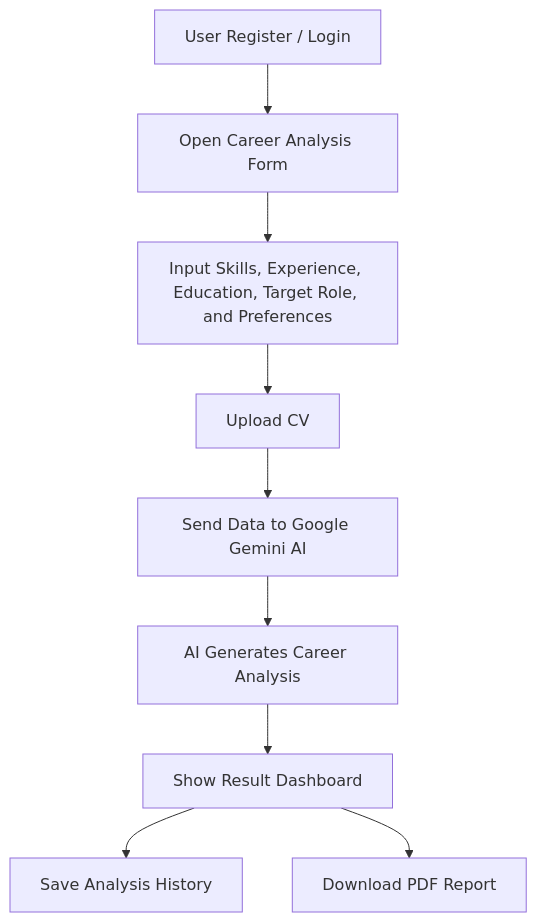
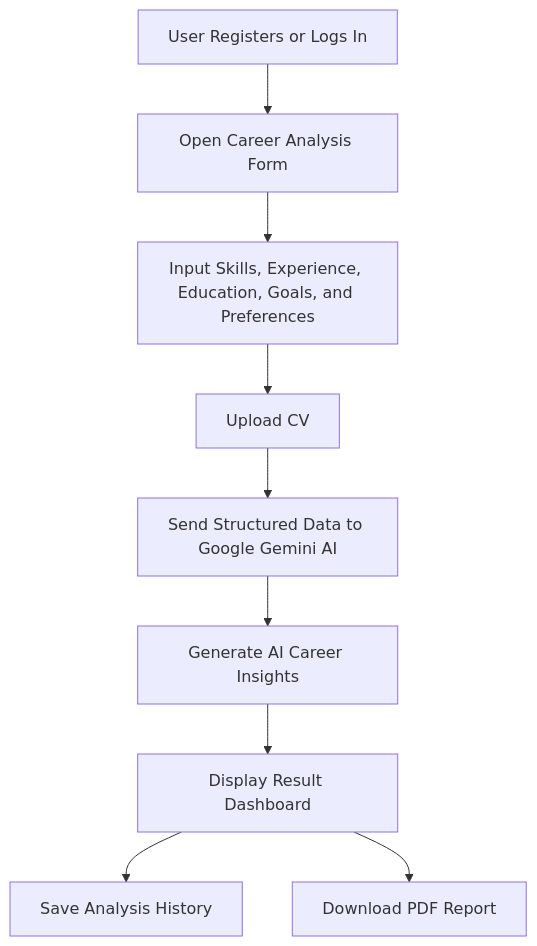
The diagram in README.md (stravsxgood/Career-Helper), drawn with Mermaid before and after one commit. The commit also changed other lines of this file, not shown here.

````diff
--- a/README.md
+++ b/README.md
@@ -192,11 +161,11 @@
 ```mermaid
 flowchart TD
-    A[User Register / Login] --> B[Open Career Analysis Form]
-    B --> C[Input Skills, Experience, Education, Target Role, and Preferences]
+    A[User Registers or Logs In] --> B[Open Career Analysis Form]
+    B --> C[Input Skills, Experience, Education, Goals, and Preferences]
     C --> D[Upload CV]
-    D --> E[Send Data to Google Gemini AI]
-    E --> F[AI Generates Career Analysis]
-    F --> G[Show Result Dashboard]
+    D --> E[Send Structured Data to Google Gemini AI]
+    E --> F[Generate AI Career Insights]
+    F --> G[Display Result Dashboard]
     G --> H[Save Analysis History]
     G --> I[Download PDF Report]
 ```
````
